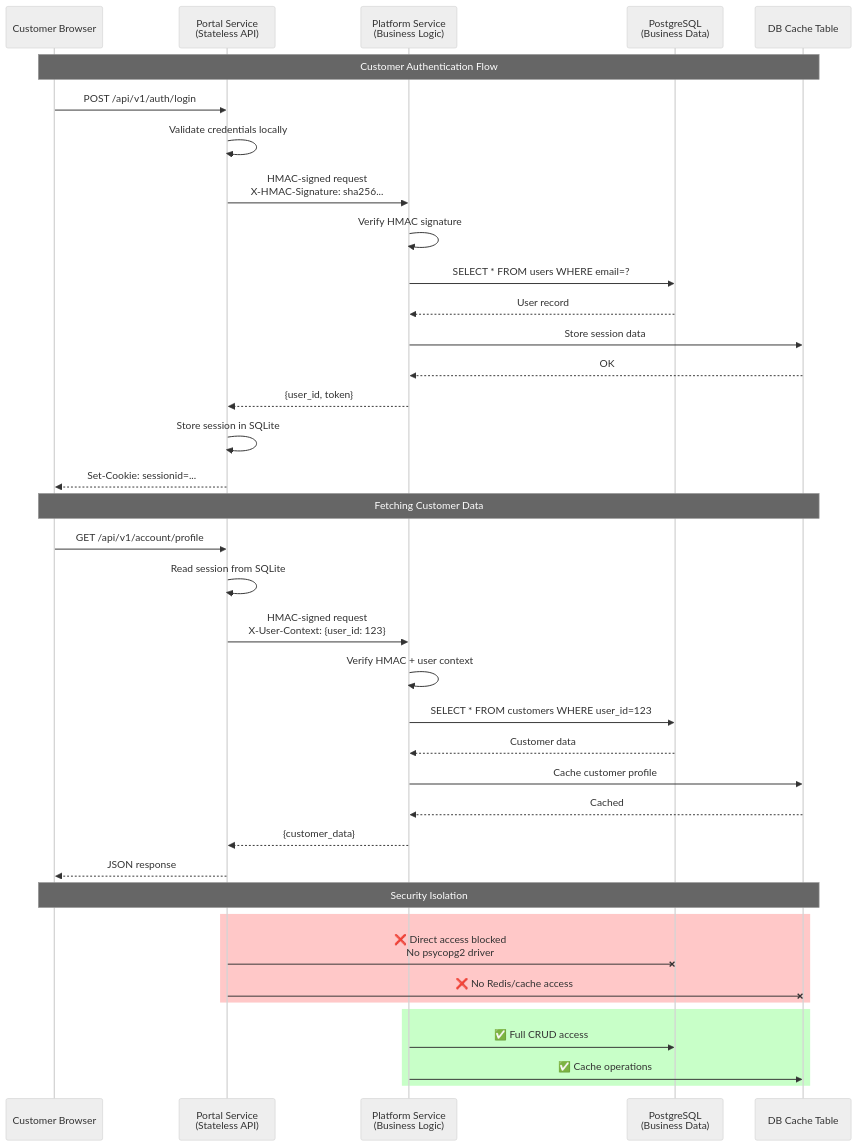
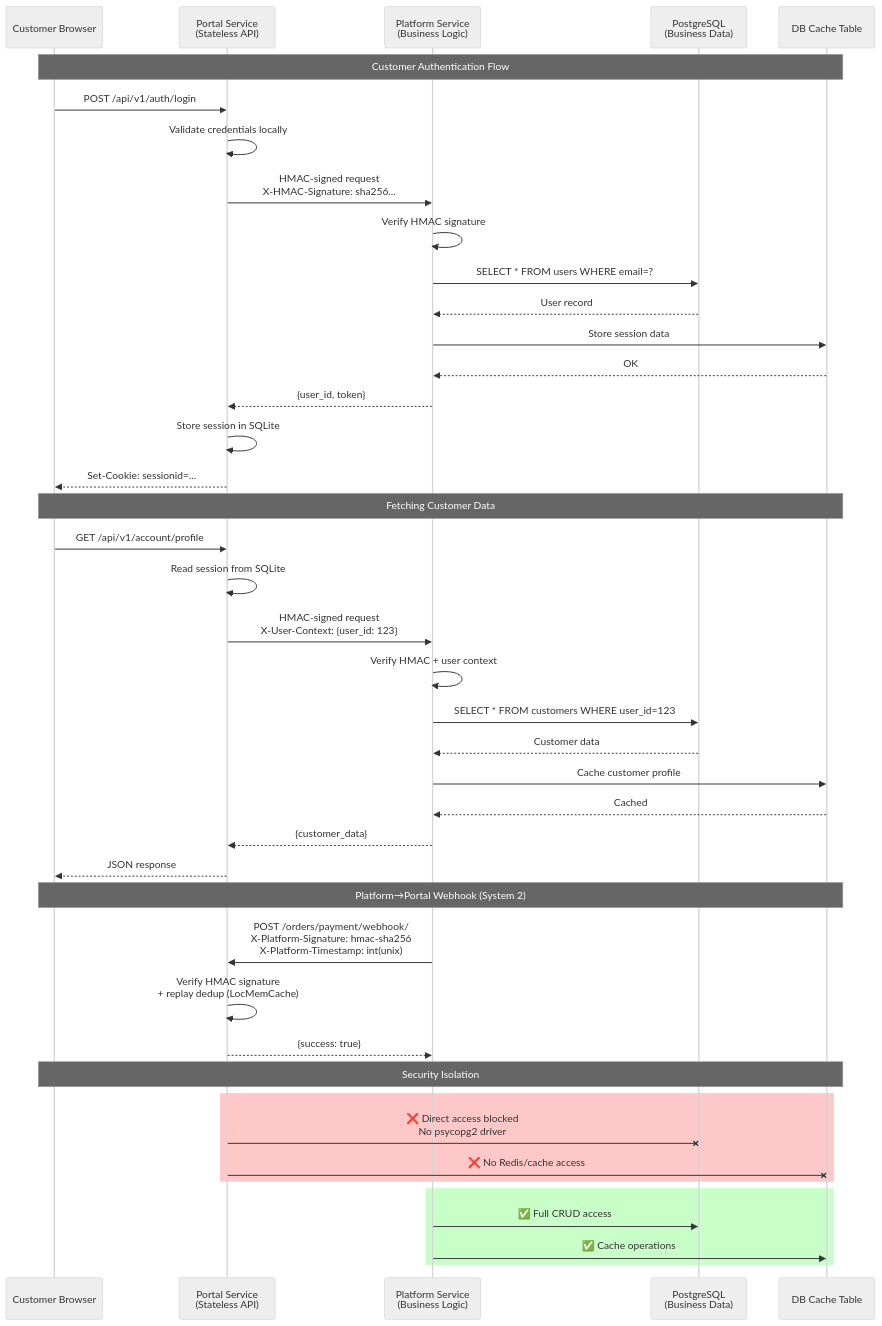
Before and after one commit to captainpragmatic/PRAHO: the diagram in docs/architecture/diagrams/data-flow.mmd, drawn with Mermaid (neutral theme). The commit also changed 26 other files, not shown here.

First line of the commit message:
fix(security): harden HMAC webhook auth with int timestamps and replay dedup

```diff
--- a/docs/architecture/diagrams/data-flow.mmd
+++ b/docs/architecture/diagrams/data-flow.mmd
@@ -1,46 +1,51 @@
 %% PRAHO Platform - Data Flow & Service Communication
 %% Generated: 2026-02-21
 %% Shows how Portal and Platform services communicate
 
 sequenceDiagram
     participant Customer as Customer Browser
     participant Portal as Portal Service<br/>(Stateless API)
     participant Platform as Platform Service<br/>(Business Logic)
     participant DB as PostgreSQL<br/>(Business Data)
     participant Cache as DB Cache Table
 
     Note over Customer,Cache: Customer Authentication Flow
     Customer->>Portal: POST /api/v1/auth/login
     Portal->>Portal: Validate credentials locally
     Portal->>Platform: HMAC-signed request<br/>X-HMAC-Signature: sha256...
     Platform->>Platform: Verify HMAC signature
     Platform->>DB: SELECT * FROM users WHERE email=?
     DB-->>Platform: User record
     Platform->>Cache: Store session data
     Cache-->>Platform: OK
     Platform-->>Portal: {user_id, token}
     Portal->>Portal: Store session in SQLite
     Portal-->>Customer: Set-Cookie: sessionid=...
 
     Note over Customer,Cache: Fetching Customer Data
     Customer->>Portal: GET /api/v1/account/profile
     Portal->>Portal: Read session from SQLite
     Portal->>Platform: HMAC-signed request<br/>X-User-Context: {user_id: 123}
     Platform->>Platform: Verify HMAC + user context
     Platform->>DB: SELECT * FROM customers WHERE user_id=123
     DB-->>Platform: Customer data
     Platform->>Cache: Cache customer profile
     Cache-->>Platform: Cached
     Platform-->>Portal: {customer_data}
     Portal-->>Customer: JSON response
 
+    Note over Customer,Cache: Platform→Portal Webhook (System 2)
+    Platform->>Portal: POST /orders/payment/webhook/<br/>X-Platform-Signature: hmac-sha256<br/>X-Platform-Timestamp: int(unix)
+    Portal->>Portal: Verify HMAC signature<br/>+ replay dedup (LocMemCache)
+    Portal-->>Platform: {success: true}
+
     Note over Customer,Cache: Security Isolation
     rect rgb(255, 200, 200)
         Portal-XDB: ❌ Direct access blocked<br/>No psycopg2 driver
         Portal-XCache: ❌ No Redis/cache access
     end
 
     rect rgb(200, 255, 200)
         Platform->>DB: ✅ Full CRUD access
         Platform->>Cache: ✅ Cache operations
     end
```
